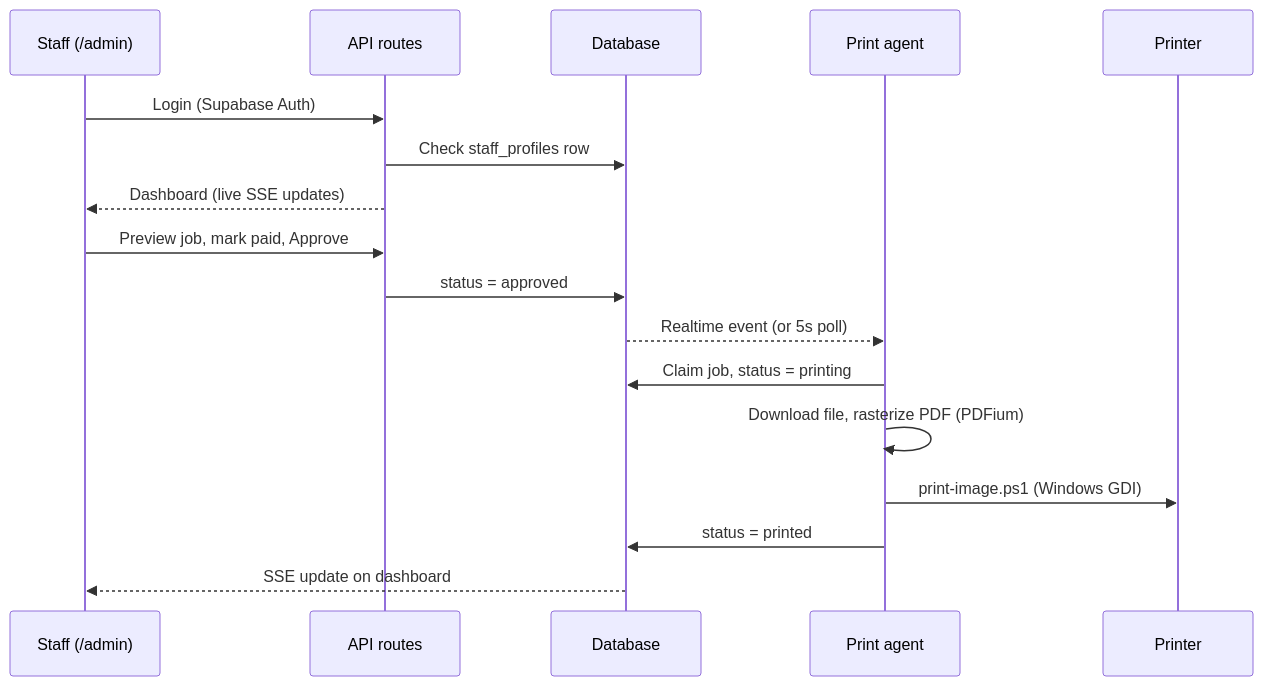
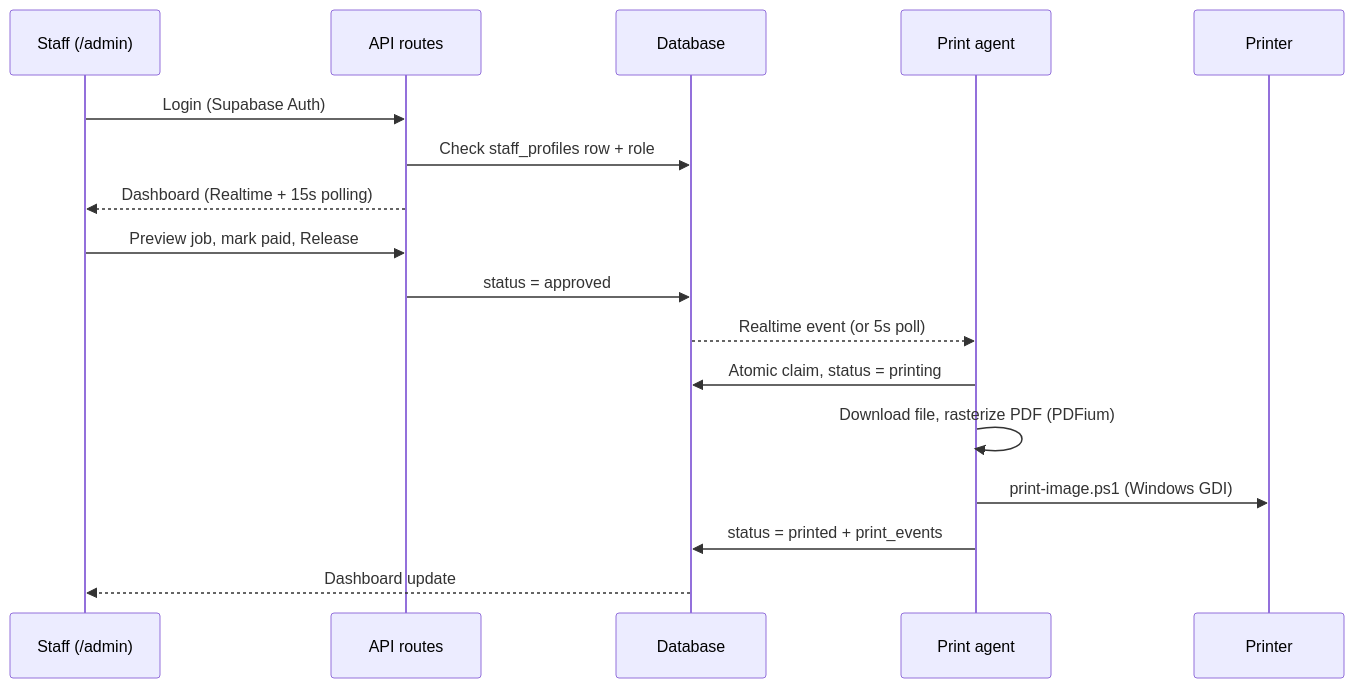
The third of 5 diagrams in README.md (deba608/self_print), drawn with Mermaid before and after one commit. The commit also changed other lines of this file, not shown here.

````diff
--- a/README.md
+++ b/README.md
@@ -92,20 +114,20 @@
 ```mermaid
 sequenceDiagram
     participant S as Staff (/admin)
     participant API as API routes
     participant DB as Database
     participant AG as Print agent
     participant PR as Printer
 
     S->>API: Login (Supabase Auth)
-    API->>DB: Check staff_profiles row
-    API-->>S: Dashboard (live SSE updates)
-    S->>API: Preview job, mark paid, Approve
+    API->>DB: Check staff_profiles row + role
+    API-->>S: Dashboard (Realtime + 15s polling)
+    S->>API: Preview job, mark paid, Release
     API->>DB: status = approved
     DB-->>AG: Realtime event (or 5s poll)
-    AG->>DB: Claim job, status = printing
+    AG->>DB: Atomic claim, status = printing
     AG->>AG: Download file, rasterize PDF (PDFium)
     AG->>PR: print-image.ps1 (Windows GDI)
-    AG->>DB: status = printed
-    DB-->>S: SSE update on dashboard
+    AG->>DB: status = printed + print_events
+    DB-->>S: Dashboard update
 ```
````
